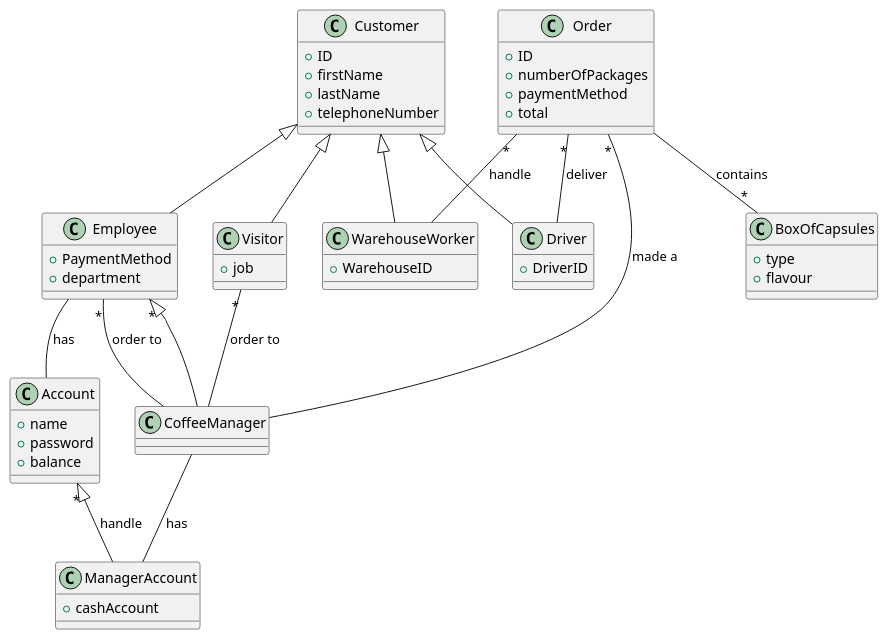
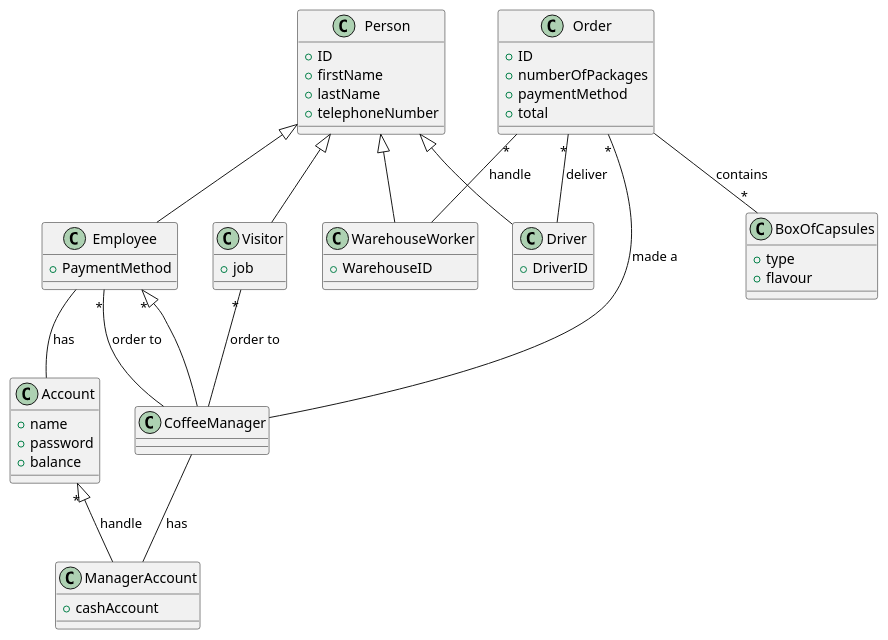
The third of 4 diagrams in templates/RequirementsTemplate.md (salvatore-dimartino/LaTazza), drawn with PlantUML before and after one commit.

````diff
--- a/templates/RequirementsTemplate.md
+++ b/templates/RequirementsTemplate.md
@@ -493,74 +493,73 @@
 ```plantuml
 @startuml
 
-class Customer {
+class Person {
     +ID
 	+firstName
 	+lastName
 	+telephoneNumber
 }
 
 class Employee {
     
     +PaymentMethod
-    +department
 }
 
 class WarehouseWorker{
     +WarehouseID
 }
 
 class Visitor {
 
     +job
 }
 
 class CoffeeManager {
 
 }
 
 class BoxOfCapsules {
 
 	+type
 	+flavour
 }
 
 class Account {
 
 	+name
 	+password
 	+balance
 }
 
 class Order {
 
 	+ID
 	+numberOfPackages
 	+paymentMethod
 	+total
 }
 
 class ManagerAccount {
     +cashAccount
 }
 
 class Driver {
     +DriverID
 }
 
 Order "*" -- WarehouseWorker :handle
 Order "*" -- Driver :deliver
-Customer <|-- Employee
-Customer <|-- Visitor
-Customer <|-- Driver
-Customer <|-- WarehouseWorker
+Person <|-- Employee
+Person <|-- Visitor
+Person <|-- Driver
+Person <|-- WarehouseWorker
 Account "*" <|-- ManagerAccount :handle
 Employee "*" <|-- CoffeeManager
 Employee "*"-- CoffeeManager : order to
 Order "*" -- CoffeeManager : made a
 Visitor "*" -- CoffeeManager : order to
 Order -- "*" BoxOfCapsules : contains
 Employee -- Account : has
 CoffeeManager -- ManagerAccount :has
 @enduml
 ```
````
